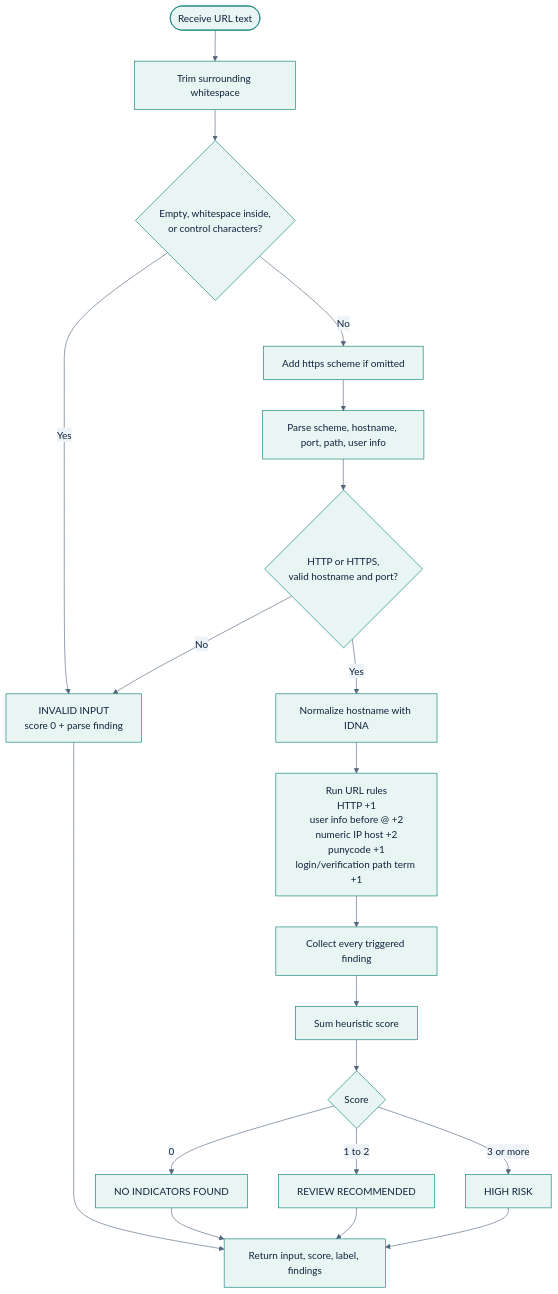
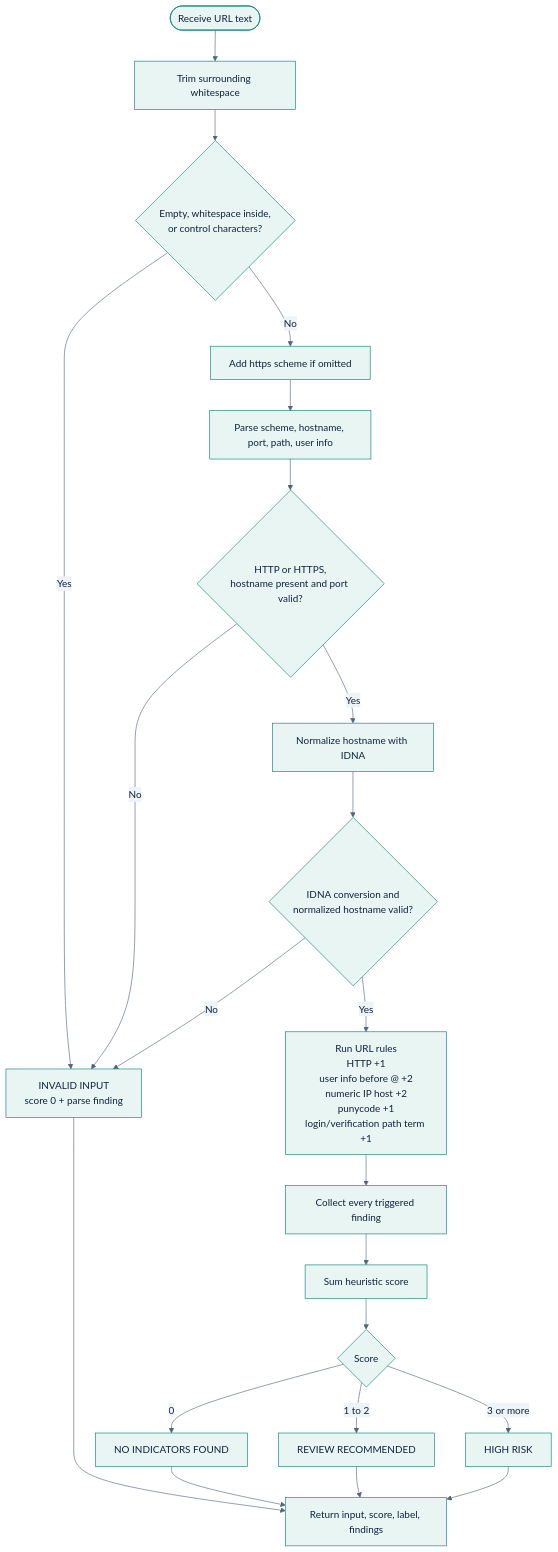
Before and after one commit to Tyreezebreezy/capstone-phishing-detector: the diagram in docs/diagrams/url-analysis.mmd, drawn with Mermaid. The commit also changed 29 other files, not shown here.

Commit message:
Polish project documentation and correct implementation diagrams

```diff
--- a/docs/diagrams/url-analysis.mmd
+++ b/docs/diagrams/url-analysis.mmd
@@ -1,21 +1,23 @@
 %%{init: {"theme":"base","themeVariables":{"primaryColor":"#e8f5f2","primaryTextColor":"#10233f","primaryBorderColor":"#087f75","lineColor":"#52657a","secondaryColor":"#eef3f7","tertiaryColor":"#fff7df","fontFamily":"Arial"}}}%%
 flowchart TD
     A([Receive URL text]) --> B[Trim surrounding whitespace]
     B --> C{"Empty, whitespace inside,<br/>or control characters?"}
     C -->|Yes| Invalid["INVALID INPUT<br/>score 0 + parse finding"]
     C -->|No| D[Add https scheme if omitted]
     D --> E[Parse scheme, hostname, port, path, user info]
-    E --> F{"HTTP or HTTPS,<br/>valid hostname and port?"}
+    E --> F{"HTTP or HTTPS,<br/>hostname present and port valid?"}
     F -->|No| Invalid
     F -->|Yes| G[Normalize hostname with IDNA]
-    G --> H["Run URL rules<br/>HTTP +1<br/>user info before @ +2<br/>numeric IP host +2<br/>punycode +1<br/>login/verification path term +1"]
+    G --> Valid{"IDNA conversion and<br/>normalized hostname valid?"}
+    Valid -->|No| Invalid
+    Valid -->|Yes| H["Run URL rules<br/>HTTP +1<br/>user info before @ +2<br/>numeric IP host +2<br/>punycode +1<br/>login/verification path term +1"]
     H --> I[Collect every triggered finding]
     I --> J[Sum heuristic score]
     J --> K{"Score"}
     K -->|0| Safe[NO INDICATORS FOUND]
     K -->|1 to 2| Review[REVIEW RECOMMENDED]
     K -->|3 or more| High[HIGH RISK]
     Safe --> Result[Return input, score, label, findings]
     Review --> Result
     High --> Result
     Invalid --> Result
```
